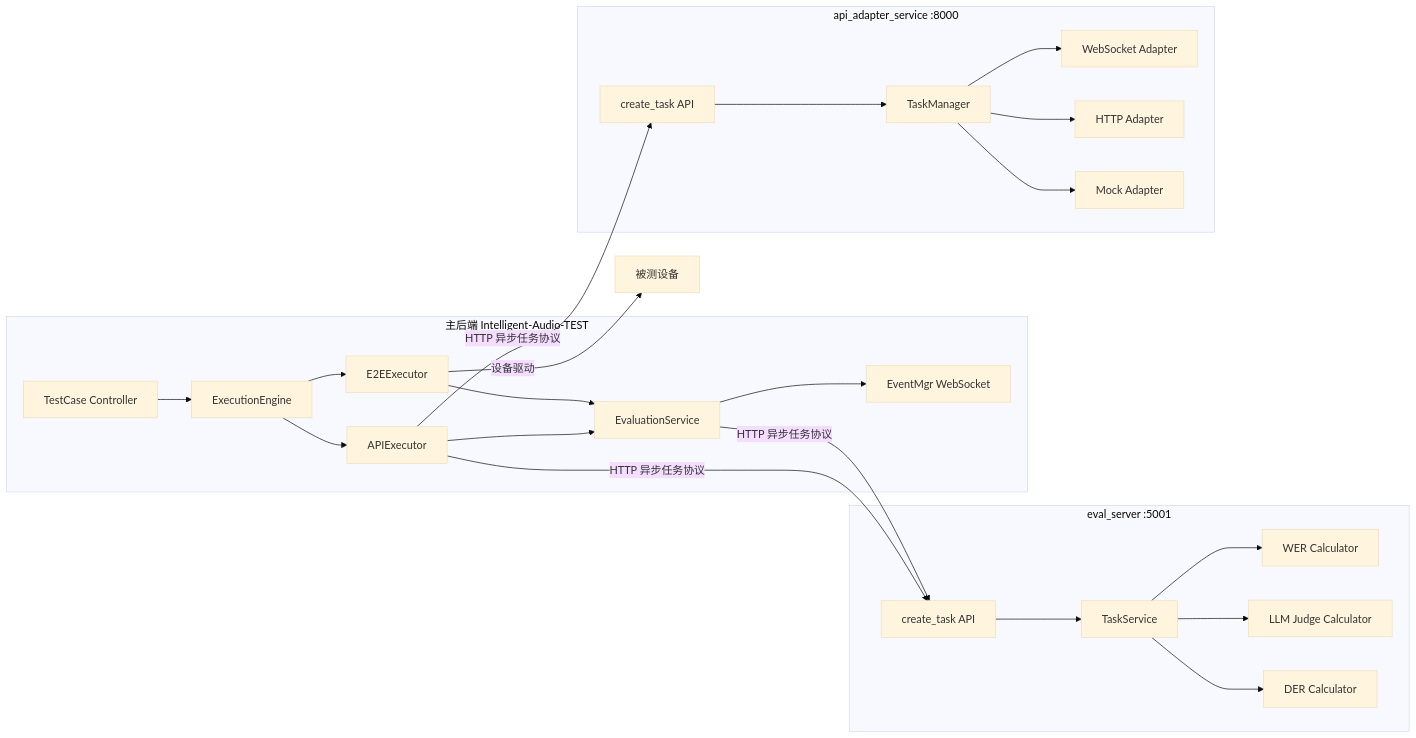
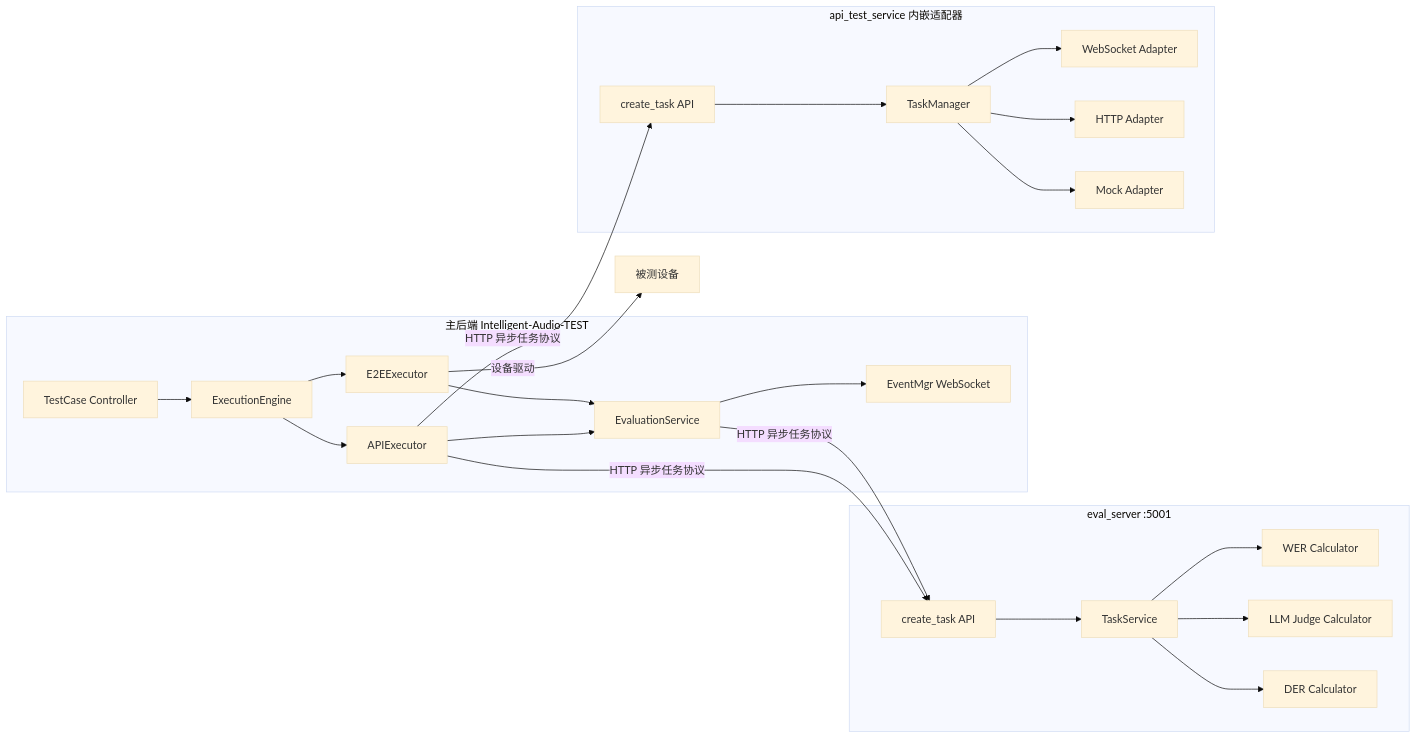
The first of 9 diagrams in Intelligent-Audio-TEST/doc/voice_llm/00_改造方案总览.md (ydz-auto/intelligent_audio_test), drawn with Mermaid (base theme) before and after one commit. The commit also changed other lines of this file and 164 other files, not shown here.

First line of the commit message:
INT-1176: 重构·API适配·实施——api_adapter_service 删除实施：HTTP 执行内嵌 api_test_service（迁移+删除）

````diff
--- a/Intelligent-Audio-TEST/doc/voice_llm/00_改造方案总览.md
+++ b/Intelligent-Audio-TEST/doc/voice_llm/00_改造方案总览.md
@@ -18,32 +18,32 @@
 ```mermaid
 graph LR
     subgraph 主后端 Intelligent-Audio-TEST
         A[TestCase Controller] --> B[ExecutionEngine]
         B --> C[APIExecutor]
         B --> D[E2EExecutor]
         C --> E[EvaluationService]
         D --> E
         E --> F[EventMgr WebSocket]
     end
 
     subgraph eval_server :5001
         G[create_task API]
         G --> H[TaskService]
         H --> I[WER Calculator]
         H --> K[LLM Judge Calculator]
         H --> L[DER Calculator]
     end
 
-    subgraph api_adapter_service :8000
+    subgraph api_test_service 内嵌适配器
         M[create_task API]
         M --> N[TaskManager]
         N --> O[WebSocket Adapter]
         N --> P[HTTP Adapter]
         N --> Q[Mock Adapter]
     end
 
     C -->|HTTP 异步任务协议| M
     C -->|HTTP 异步任务协议| G
     E -->|HTTP 异步任务协议| G
     D -->|设备驱动| R[被测设备]
 ```
````
